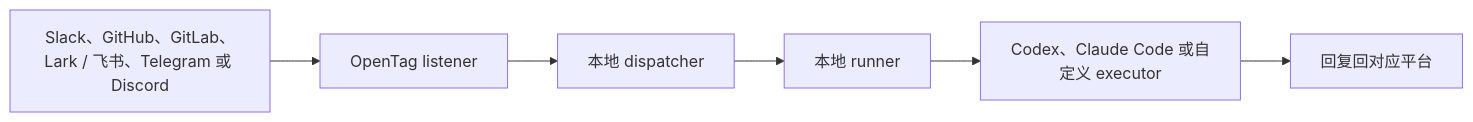
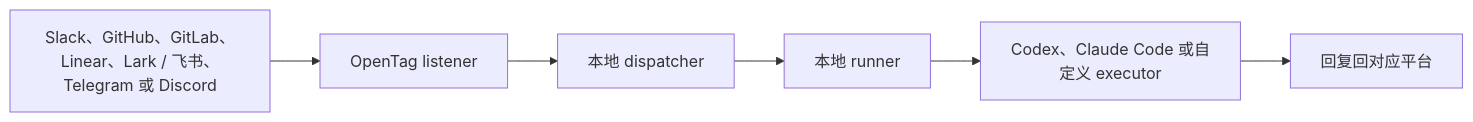
One commit to amplifthq/opentag changed the diagram in README.zh-CN.md. Above: the diagram before and after it, drawn with Mermaid. The commit also changed other lines of this file and 104 other files, not shown here.

````diff
--- a/README.zh-CN.md
+++ b/README.zh-CN.md
@@ -210,8 +211,8 @@
 ```mermaid
 flowchart LR
-    A["Slack、GitHub、GitLab、Lark / 飞书、Telegram 或 Discord"] --> B["OpenTag listener"]
+    A["Slack、GitHub、GitLab、Linear、Lark / 飞书、Telegram 或 Discord"] --> B["OpenTag listener"]
     B --> C["本地 dispatcher"]
     C --> D["本地 runner"]
     D --> E["Codex、Claude Code 或自定义 executor"]
     E --> F["回复回对应平台"]
 ```
````
